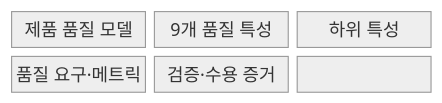
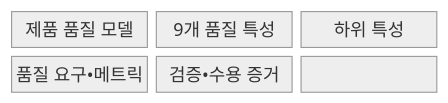
Before and after one commit to agnusdei1207/knowledge-base: the first of 2 diagrams in src/content/docs/notes/06-evaluation/029_iso_25010.md, drawn with Mermaid (neutral theme). The commit also changed other lines of this file and 953 other files, not shown here.

````diff
--- a/src/content/docs/notes/06-evaluation/029_iso_25010.md
+++ b/src/content/docs/notes/06-evaluation/029_iso_25010.md
@@ -67,11 +67,11 @@
 ```mermaid
 block-beta
   columns 3
   M["제품 품질 모델"]
   C["9개 품질 특성"]
   S["하위 특성"]
-  R["품질 요구·메트릭"]
-  E["검증·수용 증거"]
+  R["품질 요구•메트릭"]
+  E["검증•수용 증거"]
   M --- C --- S
   S --- R --- E
 ```
````
